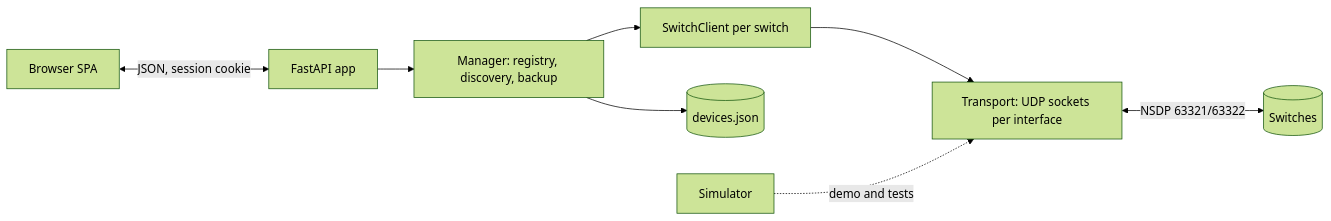
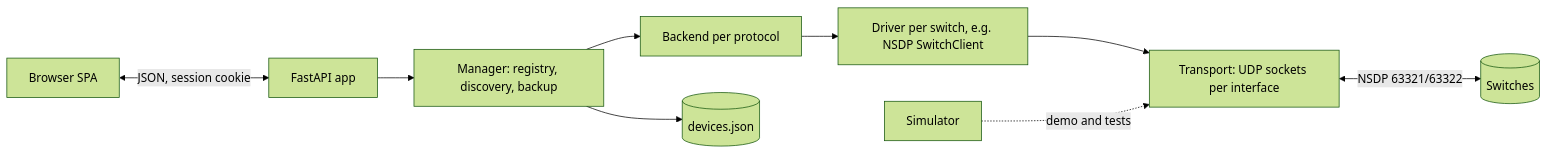
One commit to PhilippMundhenk/switchyard changed the diagram in docs/DESIGN.md. Above: the diagram before and after it, drawn with Mermaid (forest theme). The commit also changed other lines of this file and 10 other files, not shown here.

First line of the commit message:
Driver interface: switch protocols behind one API (#62)

````diff
--- a/docs/DESIGN.md
+++ b/docs/DESIGN.md
@@ -28,10 +28,11 @@
 ```mermaid
 flowchart LR
   B[Browser SPA] <-->|JSON, session cookie| A[FastAPI app]
   A --> M[Manager: registry, discovery, backup]
-  M --> C[SwitchClient per switch]
+  M --> BK[Backend per protocol]
+  BK --> C[Driver per switch, e.g. NSDP SwitchClient]
   C --> T[Transport: UDP sockets per interface]
   T <-->|NSDP 63321/63322| S[(Switches)]
   M --> D[(devices.json)]
   SIM[Simulator] -. demo and tests .-> T
 ```
````
